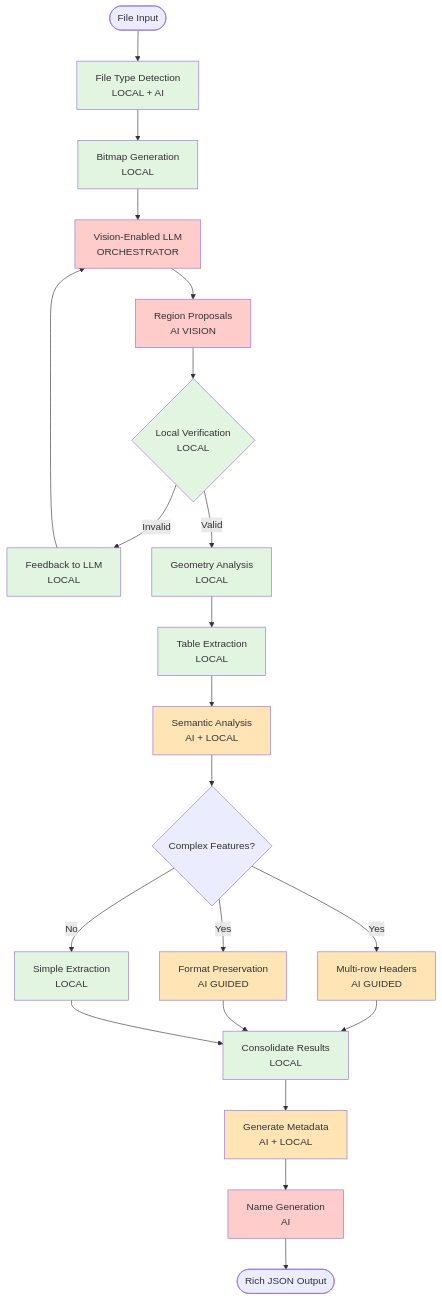
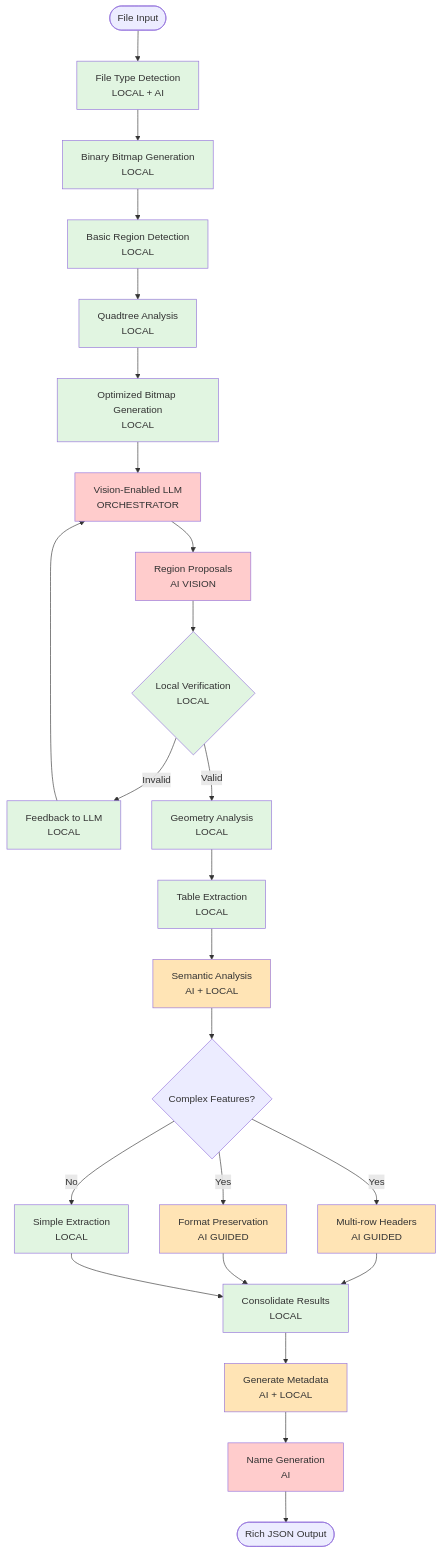
The diagram in docs/AGENT_ARCHITECTURE.md (Ganymede-Bio/gridgulp), drawn with Mermaid before and after one commit. The commit also changed other lines of this file and 59 other files, not shown here.

````diff
--- a/docs/AGENT_ARCHITECTURE.md
+++ b/docs/AGENT_ARCHITECTURE.md
@@ -17,50 +17,58 @@
 ```mermaid
 graph TD
     Start([File Input]) --> FileTypeDetect[File Type Detection<br/>LOCAL + AI]
-    FileTypeDetect --> BitmapGen[Bitmap Generation<br/>LOCAL]
+    FileTypeDetect --> BitmapGen[Binary Bitmap Generation<br/>LOCAL]
 
-    BitmapGen --> VisionLLM[Vision-Enabled LLM<br/>ORCHESTRATOR]
+    BitmapGen --> BasicDetect[Basic Region Detection<br/>LOCAL]
+
+    BasicDetect --> QuadtreeAnalysis[Quadtree Analysis<br/>LOCAL]
+    QuadtreeAnalysis --> OptimizedBitmap[Optimized Bitmap Generation<br/>LOCAL]
+
+    OptimizedBitmap --> VisionLLM[Vision-Enabled LLM<br/>ORCHESTRATOR]
 
     VisionLLM --> RegionProposal[Region Proposals<br/>AI VISION]
     RegionProposal --> LocalVerify{Local Verification<br/>LOCAL}
 
     LocalVerify -->|Invalid| Feedback[Feedback to LLM<br/>LOCAL]
     Feedback --> VisionLLM
 
     LocalVerify -->|Valid| GeometryCheck[Geometry Analysis<br/>LOCAL]
 
     GeometryCheck --> TableExtract[Table Extraction<br/>LOCAL]
 
     TableExtract --> SemanticAnalysis[Semantic Analysis<br/>AI + LOCAL]
 
     SemanticAnalysis --> ComplexFeatures{Complex Features?}
     ComplexFeatures -->|Yes| HeaderAnalysis[Multi-row Headers<br/>AI GUIDED]
     ComplexFeatures -->|Yes| FormatAnalysis[Format Preservation<br/>AI GUIDED]
     ComplexFeatures -->|No| SimpleExtract[Simple Extraction<br/>LOCAL]
 
     HeaderAnalysis --> Consolidate[Consolidate Results<br/>LOCAL]
     FormatAnalysis --> Consolidate
     SimpleExtract --> Consolidate
 
     Consolidate --> MetadataGen[Generate Metadata<br/>AI + LOCAL]
 
     MetadataGen --> NameGen[Name Generation<br/>AI]
 
     NameGen --> Output([Rich JSON Output])
 
     style BitmapGen fill:#e1f5e1
+    style BasicDetect fill:#e1f5e1
+    style QuadtreeAnalysis fill:#e1f5e1
+    style OptimizedBitmap fill:#e1f5e1
     style FileTypeDetect fill:#e1f5e1
     style LocalVerify fill:#e1f5e1
     style GeometryCheck fill:#e1f5e1
     style TableExtract fill:#e1f5e1
     style SimpleExtract fill:#e1f5e1
     style Consolidate fill:#e1f5e1
     style Feedback fill:#e1f5e1
     style VisionLLM fill:#ffcccc
     style RegionProposal fill:#ffcccc
     style SemanticAnalysis fill:#ffe4b5
     style HeaderAnalysis fill:#ffe4b5
     style FormatAnalysis fill:#ffe4b5
     style MetadataGen fill:#ffe4b5
     style NameGen fill:#ffcccc
 ```
````
